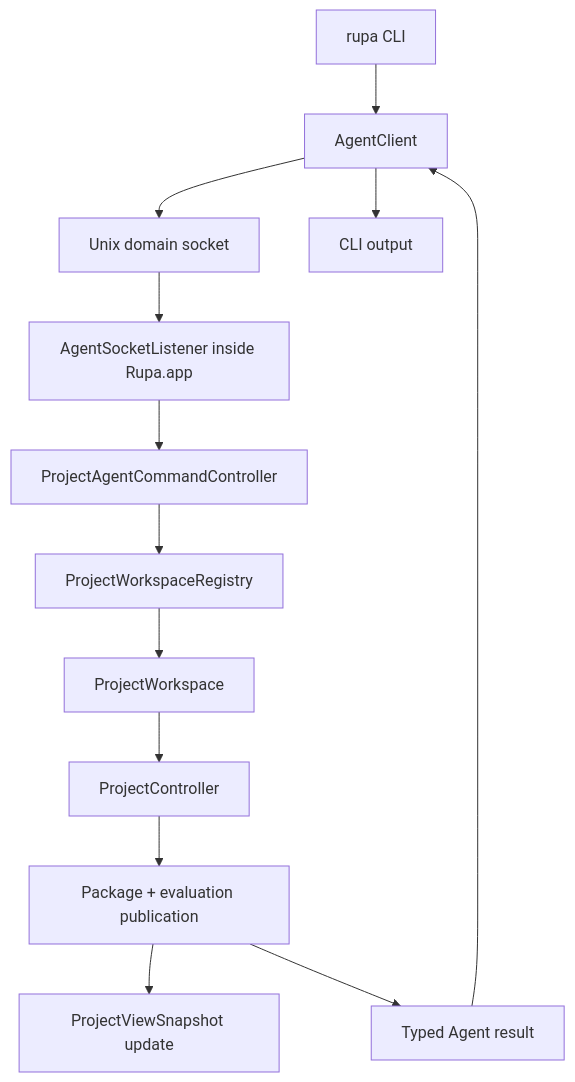
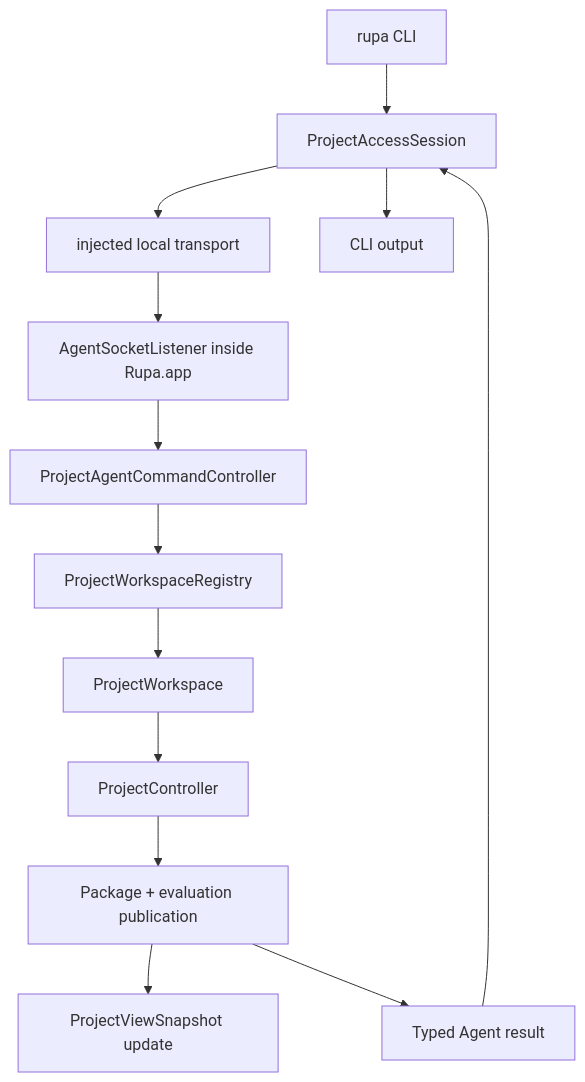
One commit to 1amageek/Rupa changed diagram 24 of 26 in Rupa/SPEC.md. Above: the diagram before and after it, drawn with Mermaid. The commit also changed other lines of this file and 114 other files, not shown here.

Commit message:
Route CLI through project access

````diff
--- a/Rupa/SPEC.md
+++ b/Rupa/SPEC.md
@@ -1290,15 +1259,15 @@
 ```mermaid
 flowchart TD
-    CLI["rupa CLI"] --> Client["AgentClient"]
-    Client --> IPC["Unix domain socket"]
+    CLI["rupa CLI"] --> Session["ProjectAccessSession"]
+    Session --> IPC["injected local transport"]
     IPC --> Listener["AgentSocketListener inside Rupa.app"]
     Listener --> Controller["ProjectAgentCommandController"]
     Controller --> Registry["ProjectWorkspaceRegistry"]
     Registry --> Workspace["ProjectWorkspace"]
     Workspace --> Project["ProjectController"]
     Project --> Eval["Package + evaluation publication"]
     Eval --> Render["ProjectViewSnapshot update"]
     Eval --> Result["Typed Agent result"]
-    Result --> Client
-    Client --> Output["CLI output"]
+    Result --> Session
+    Session --> Output["CLI output"]
 ```
````
